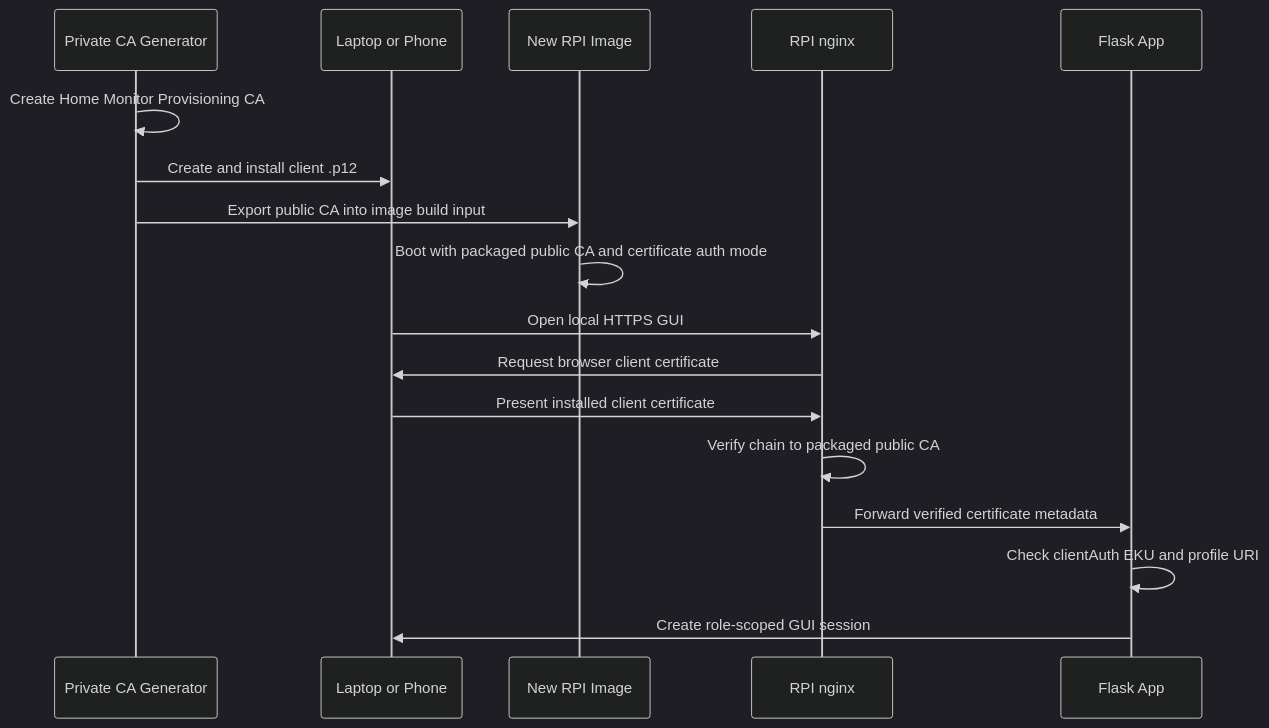
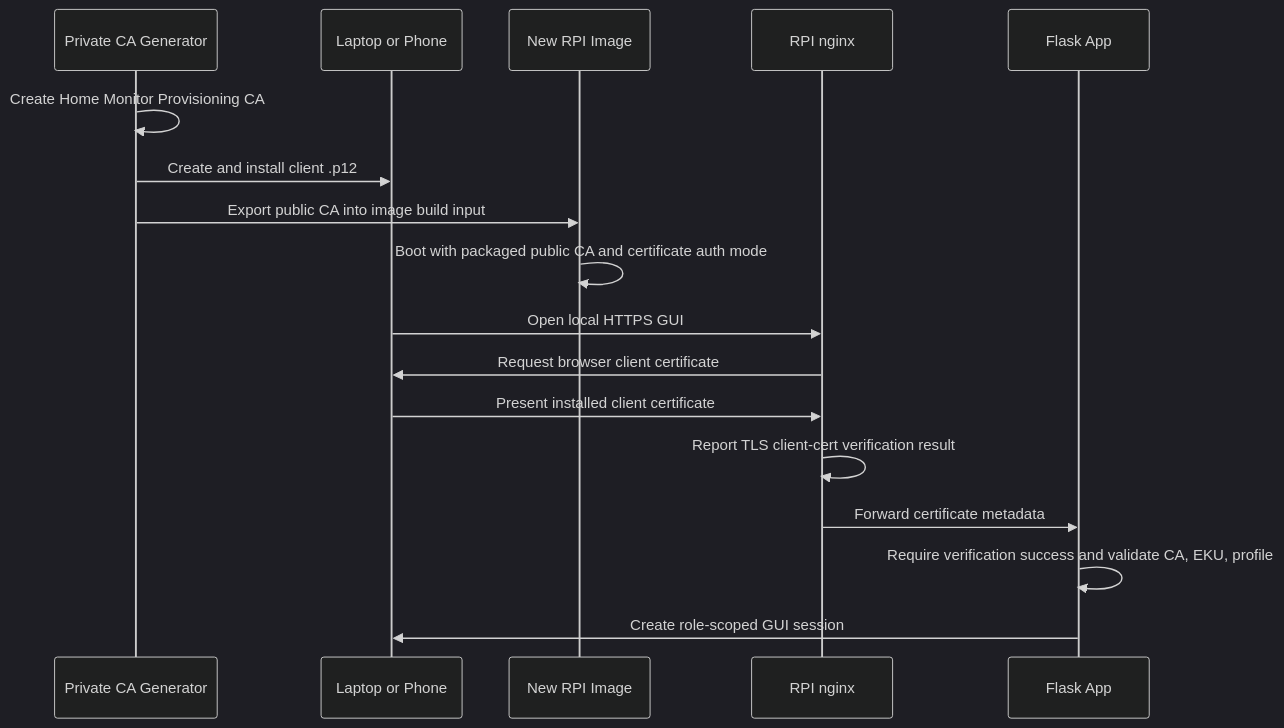
One commit to vinu-dev/rpi-home-monitor changed the diagram in docs/exec-plans/local-ca-client-certificate-auth.md. Above: the diagram before and after it, drawn with Mermaid (dark theme). The commit also changed other lines of this file and 6 other files, not shown here.

````diff
--- a/docs/exec-plans/local-ca-client-certificate-auth.md
+++ b/docs/exec-plans/local-ca-client-certificate-auth.md
@@ -157,20 +163,20 @@
 ```mermaid
 sequenceDiagram
     participant CA as Private CA Generator
     participant Device as Laptop or Phone
     participant RPI as New RPI Image
     participant Nginx as RPI nginx
     participant App as Flask App
 
     CA->>CA: Create Home Monitor Provisioning CA
     CA->>Device: Create and install client .p12
     CA->>RPI: Export public CA into image build input
     RPI->>RPI: Boot with packaged public CA and certificate auth mode
     Device->>Nginx: Open local HTTPS GUI
     Nginx->>Device: Request browser client certificate
     Device->>Nginx: Present installed client certificate
-    Nginx->>Nginx: Verify chain to packaged public CA
-    Nginx->>App: Forward verified certificate metadata
-    App->>App: Check clientAuth EKU and profile URI
+    Nginx->>Nginx: Report TLS client-cert verification result
+    Nginx->>App: Forward certificate metadata
+    App->>App: Require verification success and validate CA, EKU, profile
     App->>Device: Create role-scoped GUI session
 ```
````
